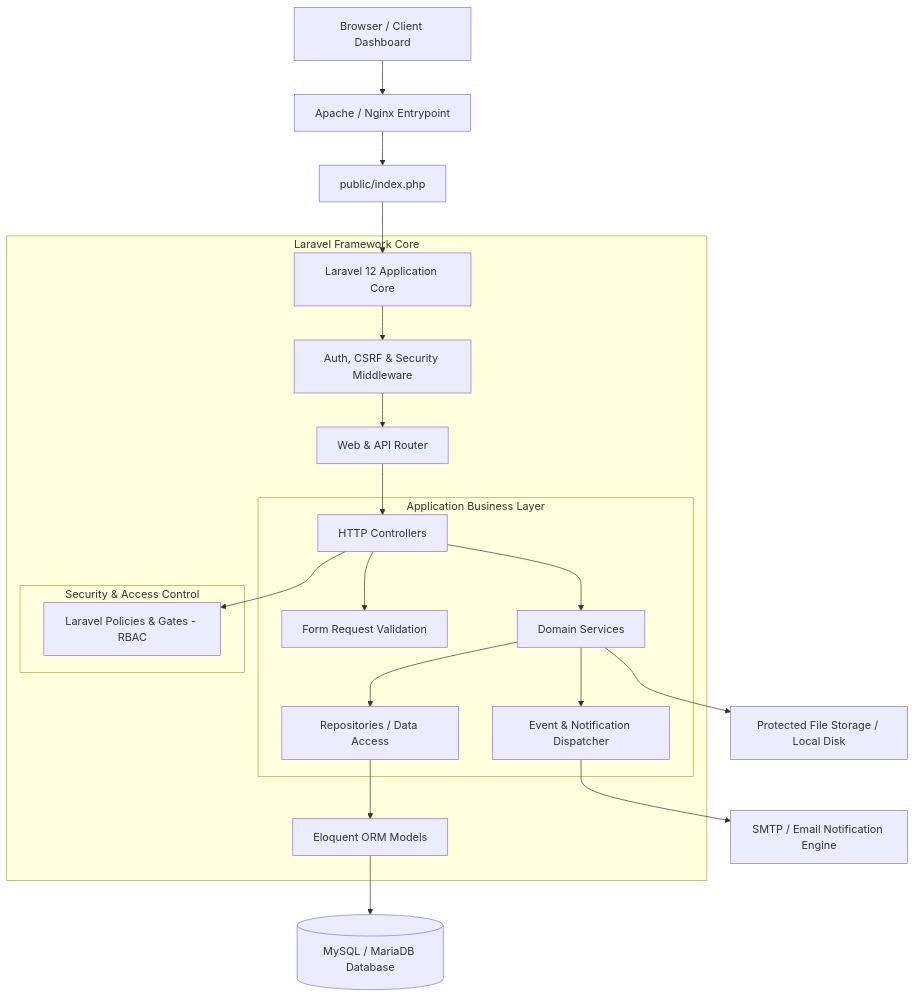
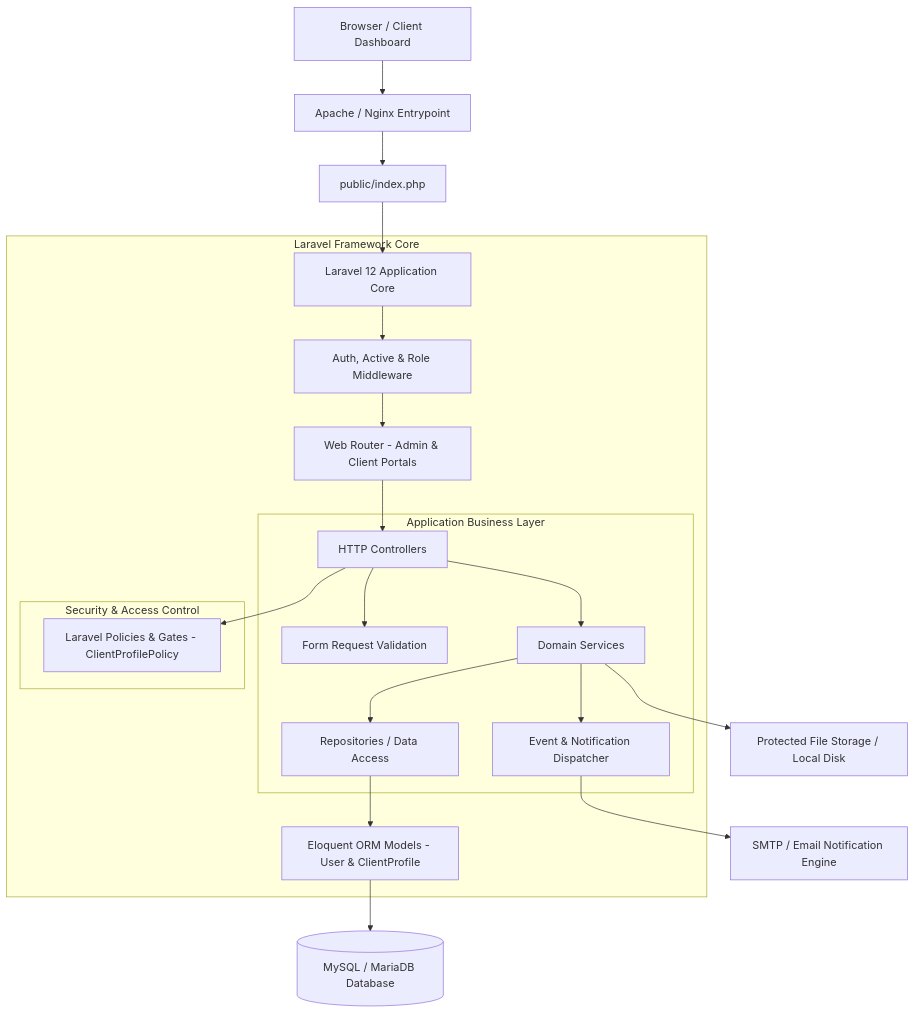
Before and after one commit to DollyQx/gm--code-lab: the diagram in docs/architecture.md, drawn with Mermaid. The commit also changed other lines of this file, not shown here.

Commit message:
docs: update architecture documentation for authentication and rbac

````diff
--- a/docs/architecture.md
+++ b/docs/architecture.md
@@ -11,29 +11,29 @@
 ```mermaid
 graph TD
     Client[Browser / Client Dashboard] --> WebServer[Apache / Nginx Entrypoint]
     WebServer --> PublicIndex[public/index.php]
     PublicIndex --> LaravelCore[Laravel 12 Application Core]
 
     subgraph Laravel Framework Core
-        LaravelCore --> Middleware[Auth, CSRF & Security Middleware]
-        Middleware --> Routing[Web & API Router]
+        LaravelCore --> Middleware[Auth, Active & Role Middleware]
+        Middleware --> Routing[Web Router - Admin & Client Portals]
         Routing --> Controllers[HTTP Controllers]
 
         subgraph Application Business Layer
             Controllers --> FormRequests[Form Request Validation]
             Controllers --> Services[Domain Services]
             Services --> Repositories[Repositories / Data Access]
             Services --> Events[Event & Notification Dispatcher]
         end
 
         subgraph Security & Access Control
-            Controllers --> Policies[Laravel Policies & Gates - RBAC]
+            Controllers --> Policies[Laravel Policies & Gates - ClientProfilePolicy]
         end
 
-        Repositories --> Eloquent[Eloquent ORM Models]
+        Repositories --> Eloquent[Eloquent ORM Models - User & ClientProfile]
     end
 
     Eloquent --> MySQL[(MySQL / MariaDB Database)]
     Events --> Mailer[SMTP / Email Notification Engine]
     Services --> Storage[Protected File Storage / Local Disk]
 ```
````
